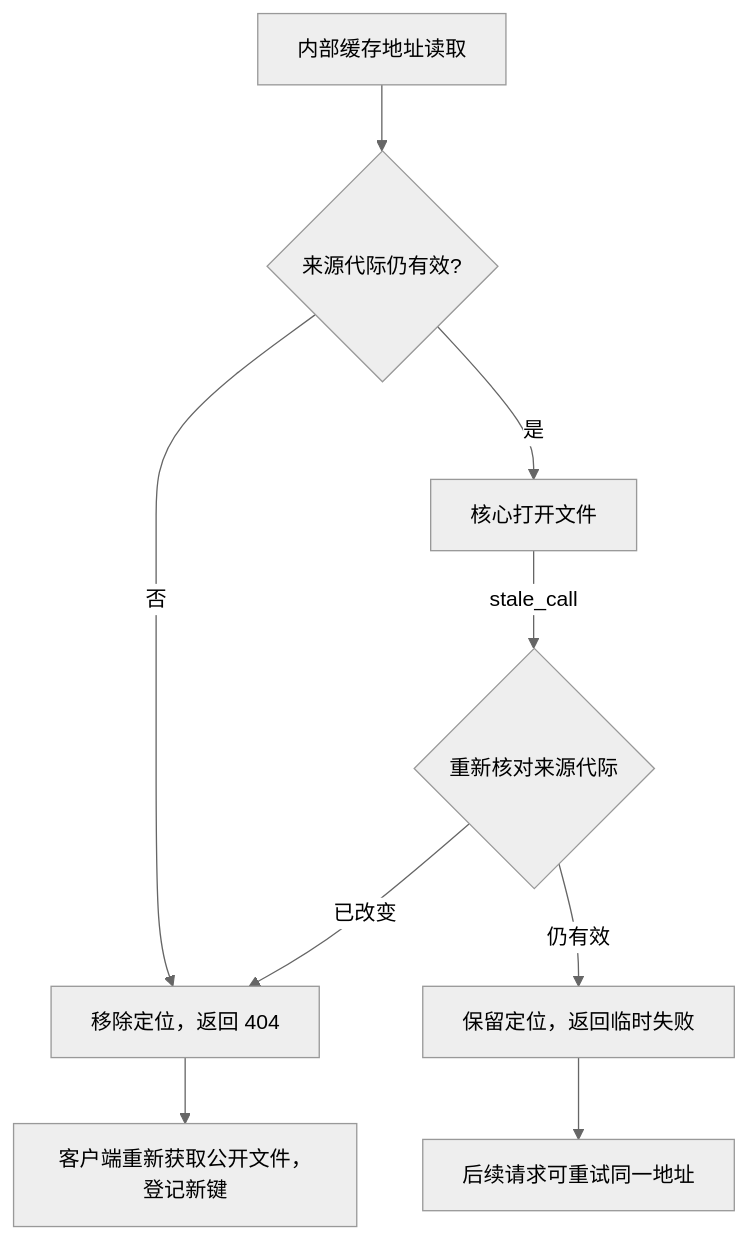
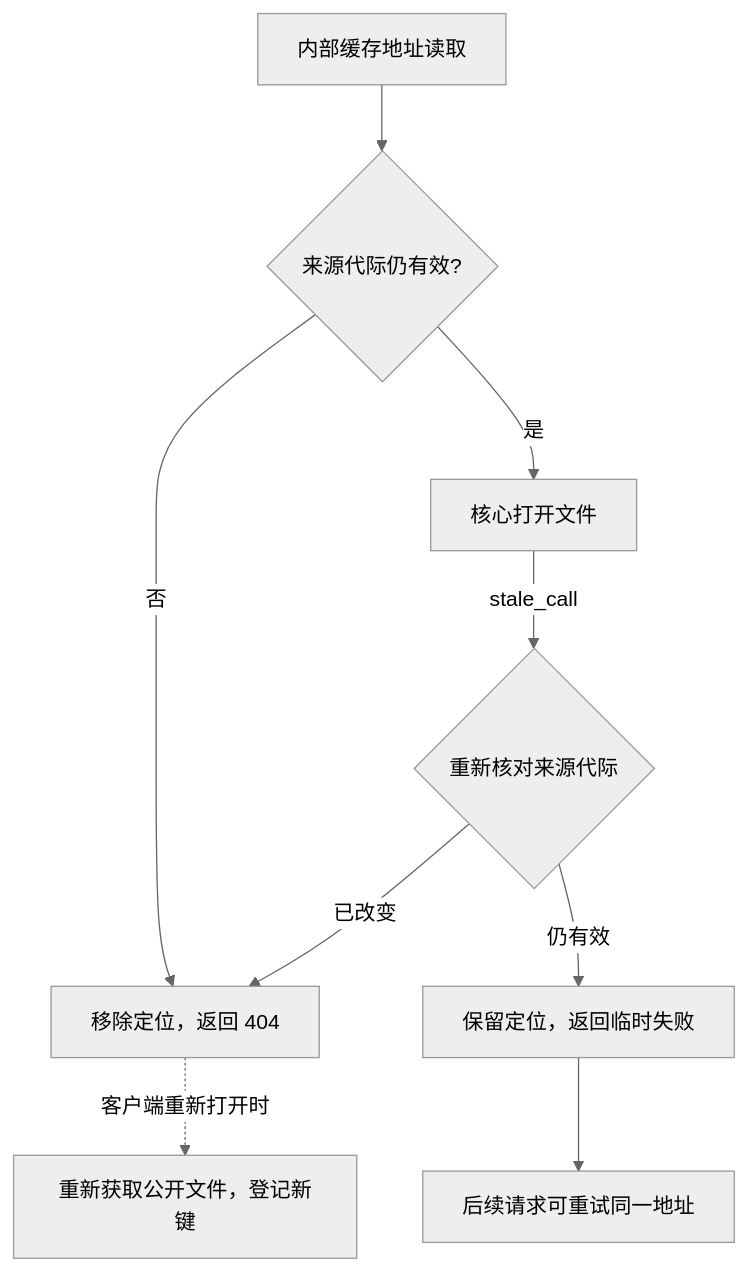
The second of 2 diagrams in docs/architecture/shared-read-cache.md (shengyusi-SYS/musicfs), drawn with Mermaid (neutral theme) before and after one commit. The commit also changed other lines of this file and 6 other files, not shown here.

````diff
--- a/docs/architecture/shared-read-cache.md
+++ b/docs/architecture/shared-read-cache.md
@@ -33,11 +34,11 @@
 ```mermaid
 flowchart TD
   Read[内部缓存地址读取] --> Current{来源代际仍有效?}
   Current -->|否| Retire[移除定位，返回 404]
   Current -->|是| Open[核心打开文件]
   Open -->|stale_call| Recheck{重新核对来源代际}
   Recheck -->|已改变| Retire
   Recheck -->|仍有效| Retry[保留定位，返回临时失败]
-  Retire --> Fresh[客户端重新获取公开文件，登记新键]
+  Retire -.->|客户端重新打开时| Fresh[重新获取公开文件，登记新键]
   Retry --> Again[后续请求可重试同一地址]
 ```
````
